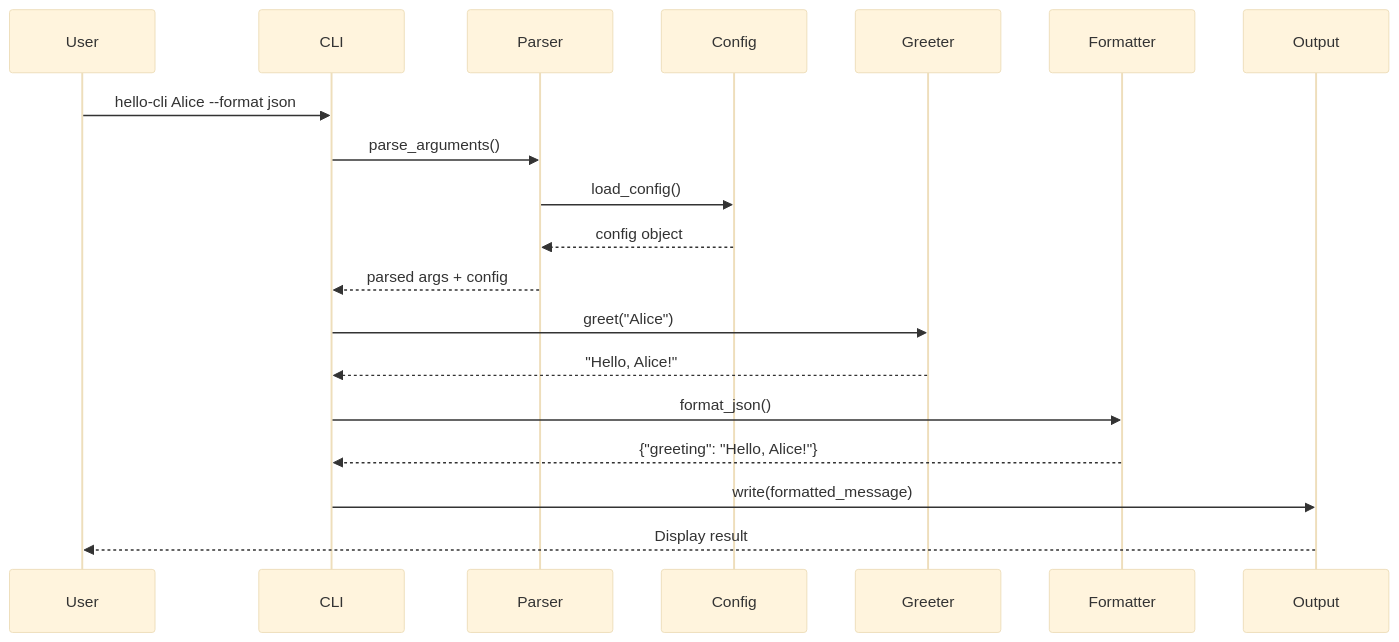
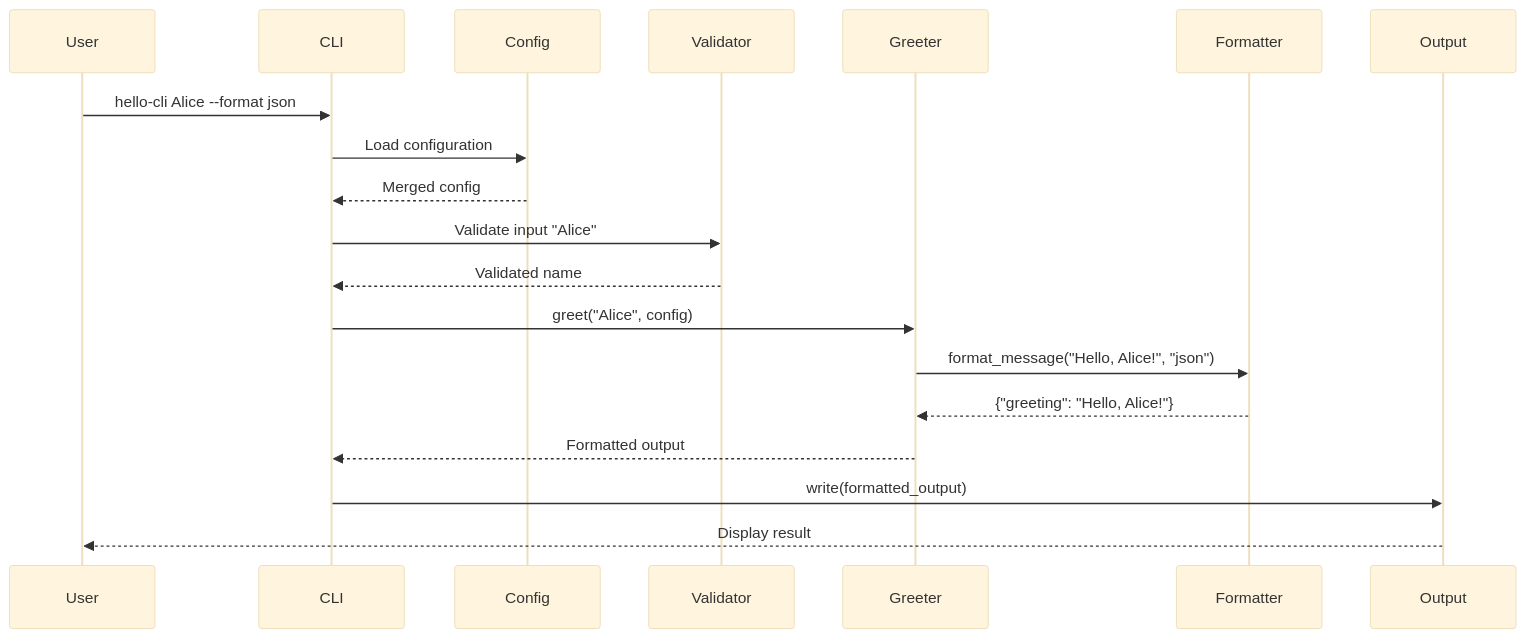
Before and after one commit to krizzo101/master_root: the second of 3 diagrams in apps/hello-cli/docs/2-design.md, drawn with Mermaid (base theme). The commit also changed other lines of this file and 1 other file, not shown here.

First line of the commit message:
feat(hello-cli): complete SDLC design phase with comprehensive architecture

````diff
--- a/apps/hello-cli/docs/2-design.md
+++ b/apps/hello-cli/docs/2-design.md
@@ -254,22 +176,22 @@
 ```mermaid
 sequenceDiagram
     participant User
     participant CLI
-    participant Parser
     participant Config
+    participant Validator
     participant Greeter
     participant Formatter
     participant Output
 
     User->>CLI: hello-cli Alice --format json
-    CLI->>Parser: parse_arguments()
-    Parser->>Config: load_config()
-    Config-->>Parser: config object
-    Parser-->>CLI: parsed args + config
-    CLI->>Greeter: greet("Alice")
-    Greeter-->>CLI: "Hello, Alice!"
-    CLI->>Formatter: format_json()
-    Formatter-->>CLI: {"greeting": "Hello, Alice!"}
-    CLI->>Output: write(formatted_message)
+    CLI->>Config: Load configuration
+    Config-->>CLI: Merged config
+    CLI->>Validator: Validate input "Alice"
+    Validator-->>CLI: Validated name
+    CLI->>Greeter: greet("Alice", config)
+    Greeter->>Formatter: format_message("Hello, Alice!", "json")
+    Formatter-->>Greeter: {"greeting": "Hello, Alice!"}
+    Greeter-->>CLI: Formatted output
+    CLI->>Output: write(formatted_output)
     Output-->>User: Display result
 ```
````
